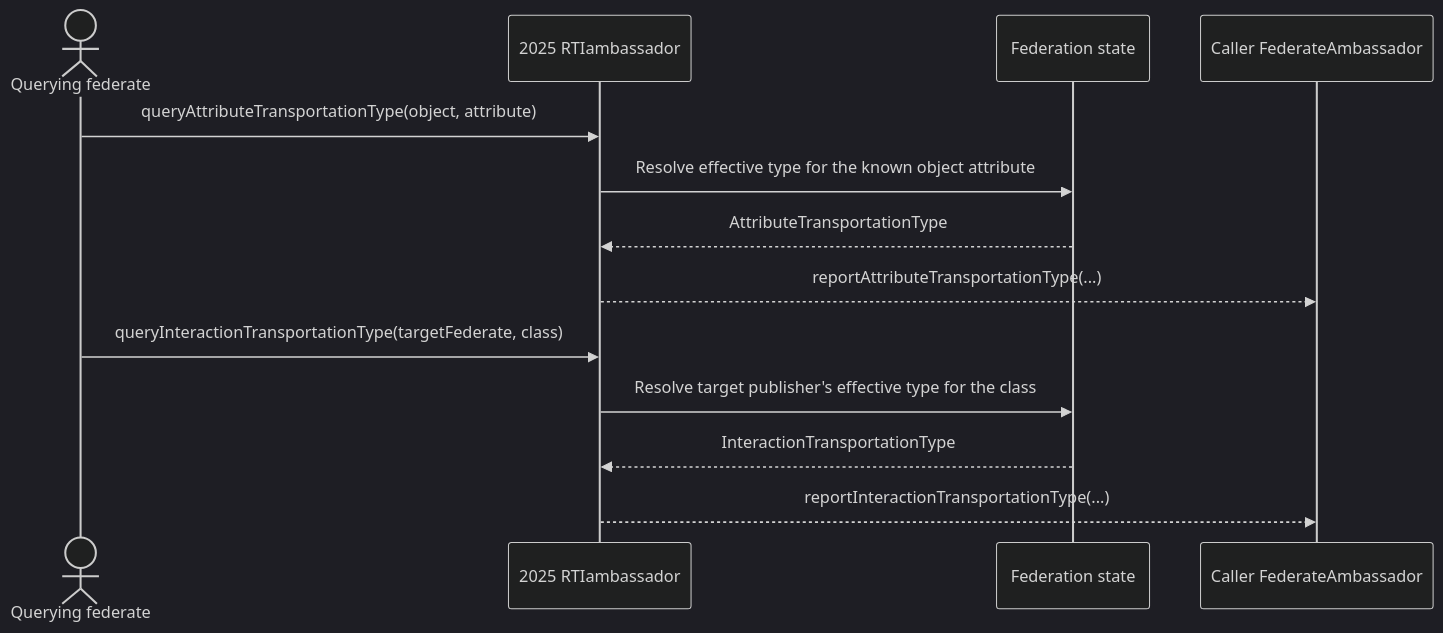
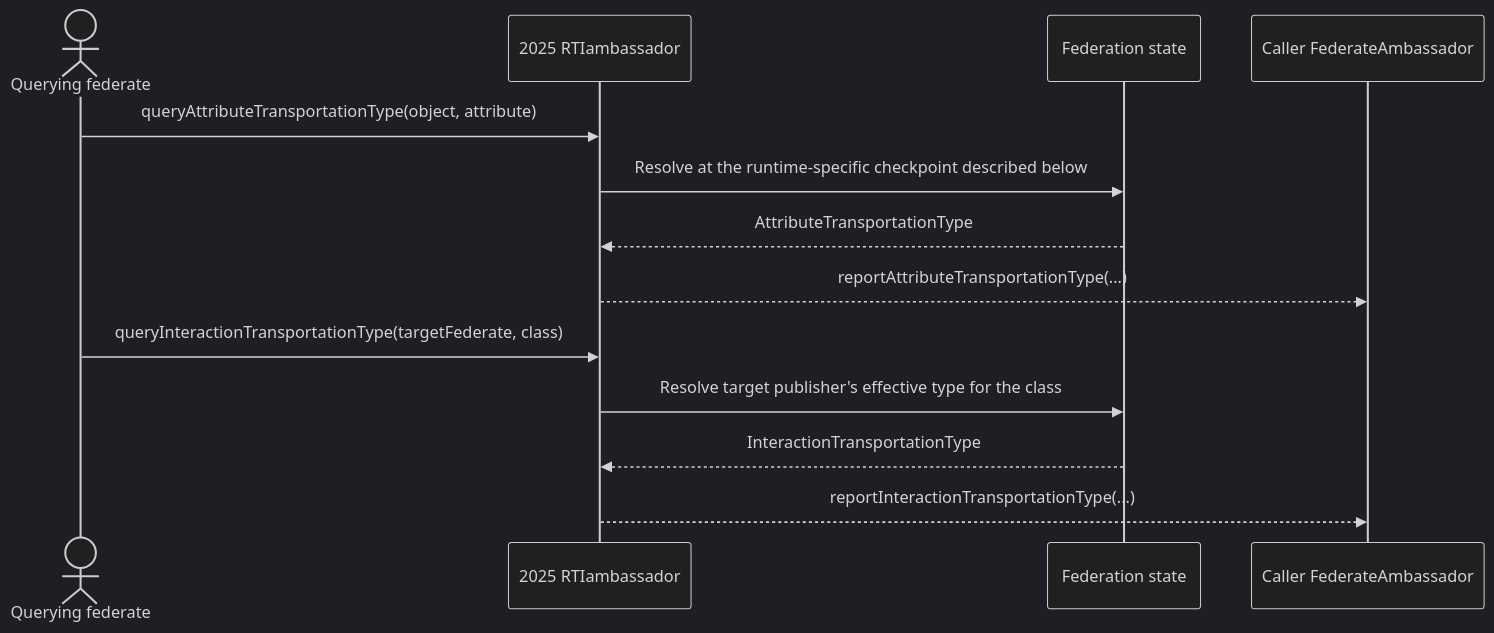
Diagram 11 of 11 in docs/design/HLA-2025-ORDER-AND-TRANSPORTATION-FLOW-GUIDE.md (sheepfling/umbra), drawn with Mermaid (dark theme) before and after one commit. The commit also changed other lines of this file and 39 other files, not shown here.

Commit message:
Document IEEE 1516.1-2025 behavior flows

````diff
--- a/docs/design/HLA-2025-ORDER-AND-TRANSPORTATION-FLOW-GUIDE.md
+++ b/docs/design/HLA-2025-ORDER-AND-TRANSPORTATION-FLOW-GUIDE.md
@@ -376,17 +705,17 @@
 ```mermaid
 sequenceDiagram
   actor Caller as Querying federate
   participant RTI as 2025 RTIambassador
   participant State as Federation state
   participant FA as Caller FederateAmbassador
 
   Caller->>RTI: queryAttributeTransportationType(object, attribute)
-  RTI->>State: Resolve effective type for the known object attribute
+  RTI->>State: Resolve at the runtime-specific checkpoint described below
   State-->>RTI: AttributeTransportationType
   RTI-->>FA: reportAttributeTransportationType(...)
 
   Caller->>RTI: queryInteractionTransportationType(targetFederate, class)
   RTI->>State: Resolve target publisher's effective type for the class
   State-->>RTI: InteractionTransportationType
   RTI-->>FA: reportInteractionTransportationType(...)
 ```
````
